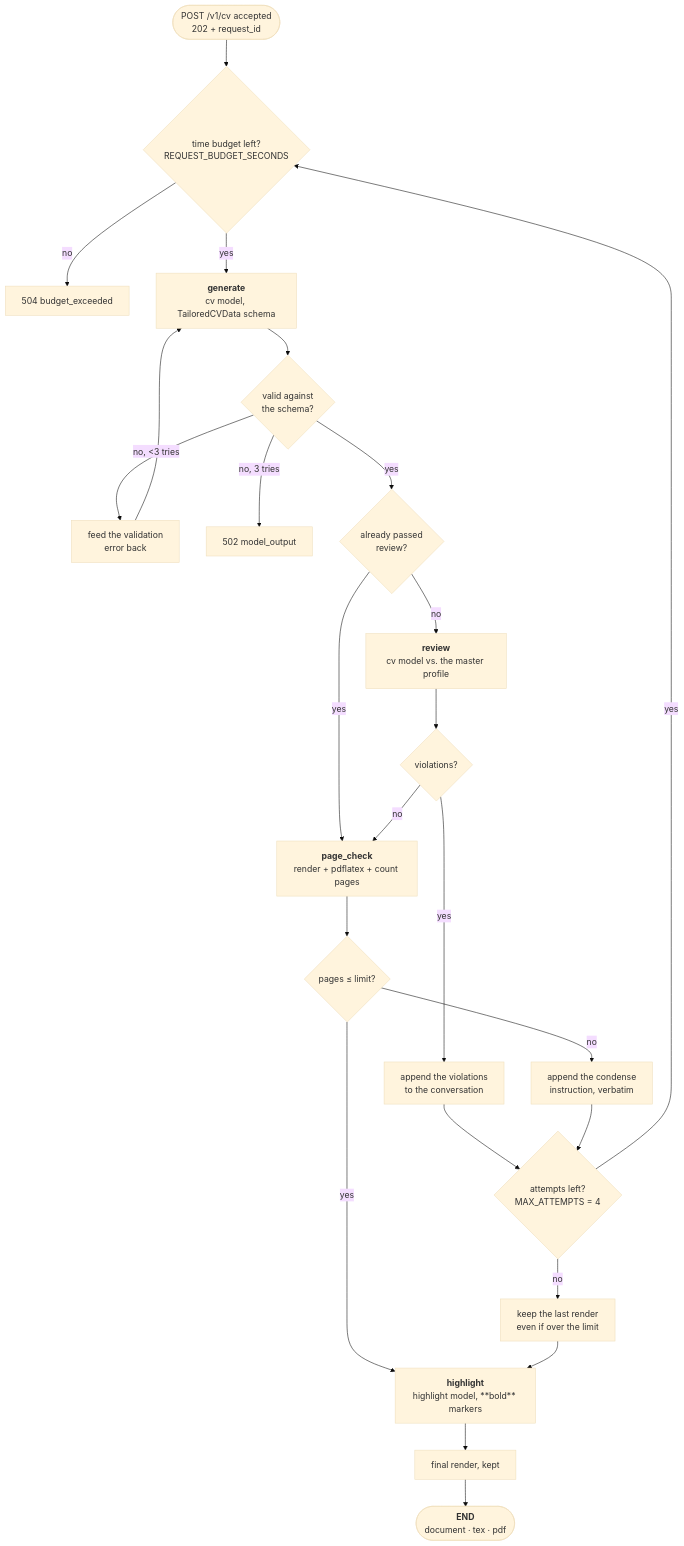
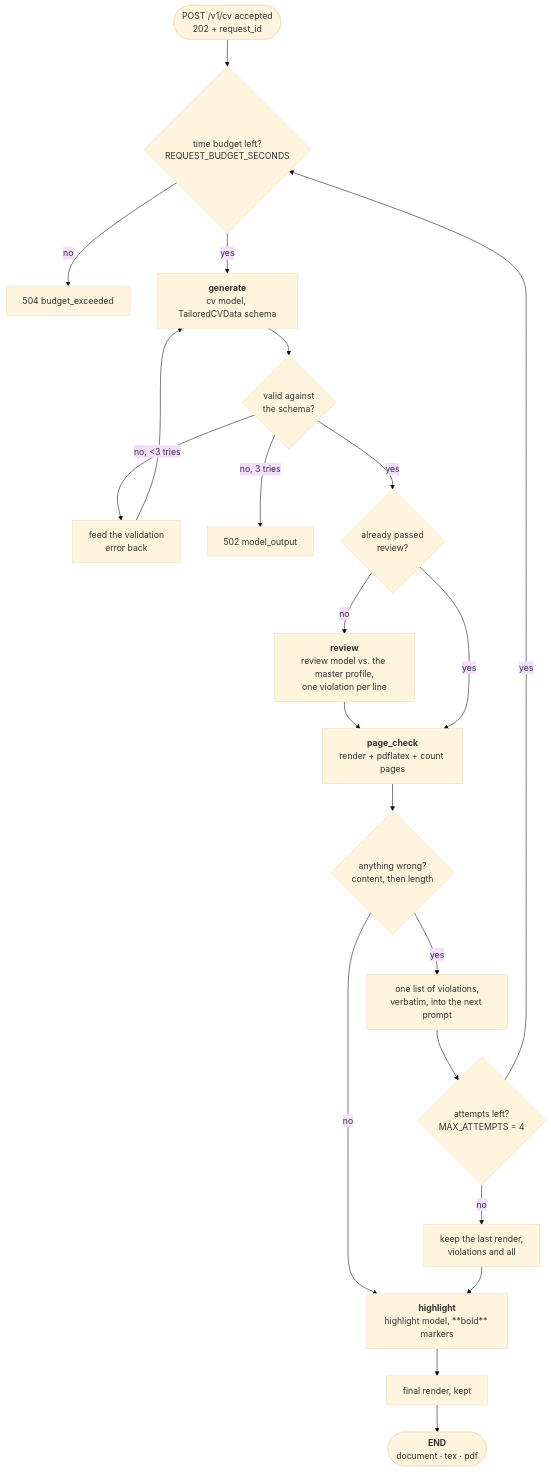
The first of 2 diagrams in doc/cv-pipeline.md (gcontini/resumix), drawn with Mermaid (base theme) before and after one commit. The commit also changed other lines of this file and 23 other files, not shown here.

````diff
--- a/doc/cv-pipeline.md
+++ b/doc/cv-pipeline.md
@@ -13,26 +14,24 @@
 ```mermaid
 flowchart TD
     START(["POST /v1/cv accepted<br/>202 + request_id"]) --> DL{"time budget left?<br/>REQUEST_BUDGET_SECONDS"}
     DL -->|"no"| BUDGET["504 budget_exceeded"]
     DL -->|"yes"| GEN["<b>generate</b><br/>cv model, TailoredCVData schema"]
 
     GEN --> VAL{"valid against<br/>the schema?"}
     VAL -->|"no, &lt;3 tries"| FEED["feed the validation<br/>error back"] --> GEN
     VAL -->|"no, 3 tries"| FAIL502["502 model_output"]
     VAL -->|"yes"| REVIEWED{"already passed<br/>review?"}
 
-    REVIEWED -->|"yes"| RENDER
-    REVIEWED -->|"no"| REV["<b>review</b><br/>cv model vs. the master profile"]
-    REV --> VERDICT{"violations?"}
-    VERDICT -->|"yes"| VIO["append the violations<br/>to the conversation"] --> NEXT
-    VERDICT -->|"no"| RENDER["<b>page_check</b><br/>render + pdflatex + count pages"]
+    REVIEWED -->|"no"| REV["<b>review</b><br/>review model vs. the master profile,<br/>one violation per line"]
+    REV --> RENDER
+    REVIEWED -->|"yes"| RENDER["<b>page_check</b><br/>render + pdflatex + count pages"]
 
-    RENDER --> FITS{"pages ≤ limit?"}
-    FITS -->|"no"| ADVICE["append the condense<br/>instruction, verbatim"] --> NEXT{"attempts left?<br/>MAX_ATTEMPTS = 4"}
+    RENDER --> VERDICT{"anything wrong?<br/>content, then length"}
+    VERDICT -->|"yes"| VIO["one list of violations,<br/>verbatim, into the next prompt"] --> NEXT{"attempts left?<br/>MAX_ATTEMPTS = 4"}
     NEXT -->|"yes"| DL
-    NEXT -->|"no"| LAST["keep the last render<br/>even if over the limit"]
-    FITS -->|"yes"| HL
+    NEXT -->|"no"| LAST["keep the last render,<br/>violations and all"]
+    VERDICT -->|"no"| HL
     LAST --> HL["<b>highlight</b><br/>highlight model, **bold** markers"]
 
     HL --> FINAL["final render, kept"] --> FIN(["<b>END</b><br/>document · tex · pdf"])
 ```
````
